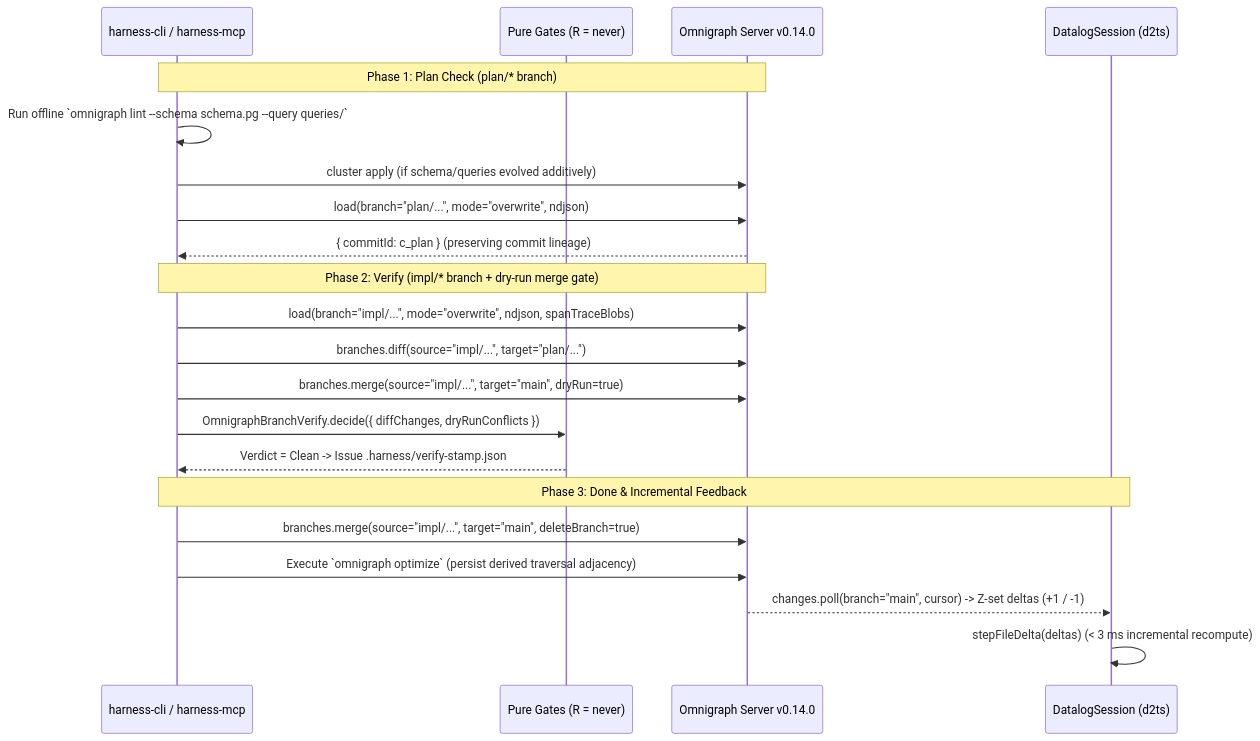
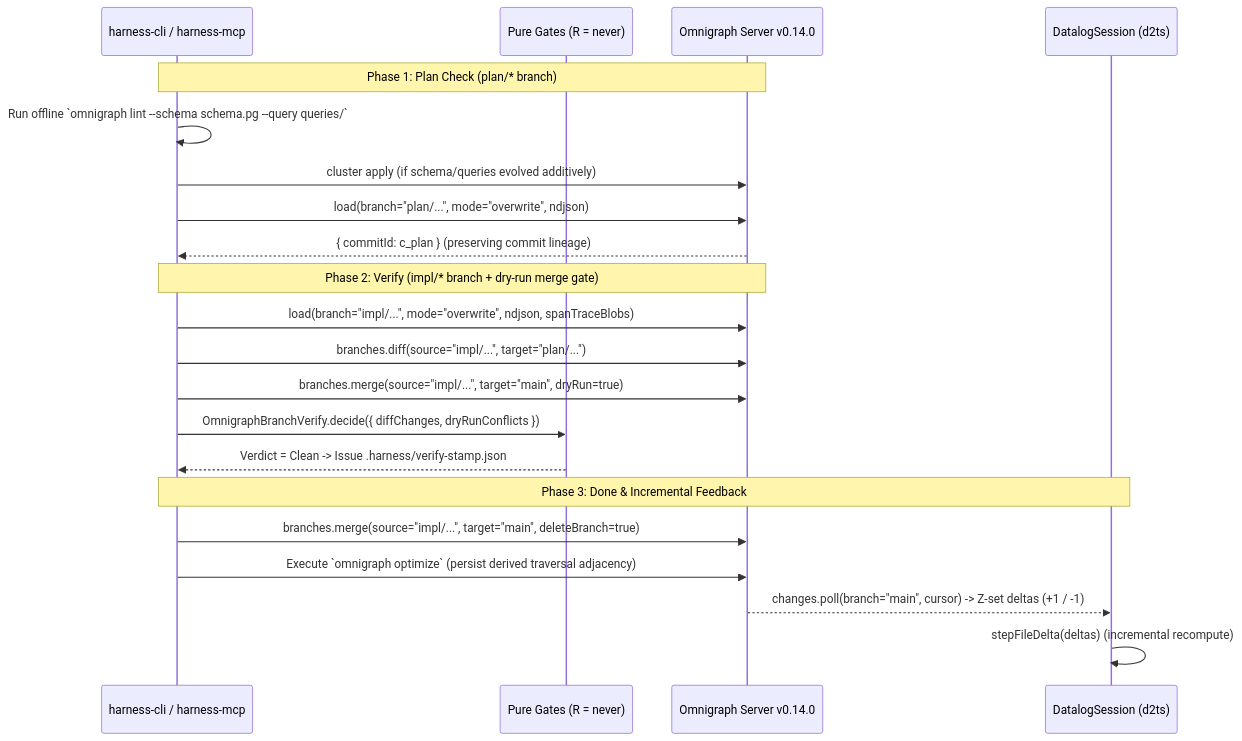
Before and after one commit to selmeci/effect-ts-harness: the diagram in docs/rfcs/0009-omnigraph-v014-native-capabilities-and-harness-integration.md, drawn with Mermaid. The commit also changed other lines of this file and 76 other files, not shown here.

````diff
--- a/docs/rfcs/0009-omnigraph-v014-native-capabilities-and-harness-integration.md
+++ b/docs/rfcs/0009-omnigraph-v014-native-capabilities-and-harness-integration.md
@@ -901,26 +941,26 @@
 ```mermaid
 sequenceDiagram
     participant CLI as harness-cli / harness-mcp
     participant Decider as Pure Gates (R = never)
     participant OG as Omnigraph Server v0.14.0
     participant Datalog as DatalogSession (d2ts)
 
     Note over CLI,OG: Phase 1: Plan Check (plan/* branch)
     CLI->>CLI: Run offline `omnigraph lint --schema schema.pg --query queries/`
     CLI->>OG: cluster apply (if schema/queries evolved additively)
     CLI->>OG: load(branch="plan/...", mode="overwrite", ndjson)
     OG-->>CLI: { commitId: c_plan } (preserving commit lineage)
 
     Note over CLI,OG: Phase 2: Verify (impl/* branch + dry-run merge gate)
     CLI->>OG: load(branch="impl/...", mode="overwrite", ndjson, spanTraceBlobs)
     CLI->>OG: branches.diff(source="impl/...", target="plan/...")
     CLI->>OG: branches.merge(source="impl/...", target="main", dryRun=true)
     CLI->>Decider: OmnigraphBranchVerify.decide({ diffChanges, dryRunConflicts })
     Decider-->>CLI: Verdict = Clean -> Issue .harness/verify-stamp.json
 
     Note over CLI,Datalog: Phase 3: Done & Incremental Feedback
     CLI->>OG: branches.merge(source="impl/...", target="main", deleteBranch=true)
     CLI->>OG: Execute `omnigraph optimize` (persist derived traversal adjacency)
     OG-->>Datalog: changes.poll(branch="main", cursor) -> Z-set deltas (+1 / -1)
-    Datalog->>Datalog: stepFileDelta(deltas) (< 3 ms incremental recompute)
+    Datalog->>Datalog: stepFileDelta(deltas) (incremental recompute)
 ```
````
